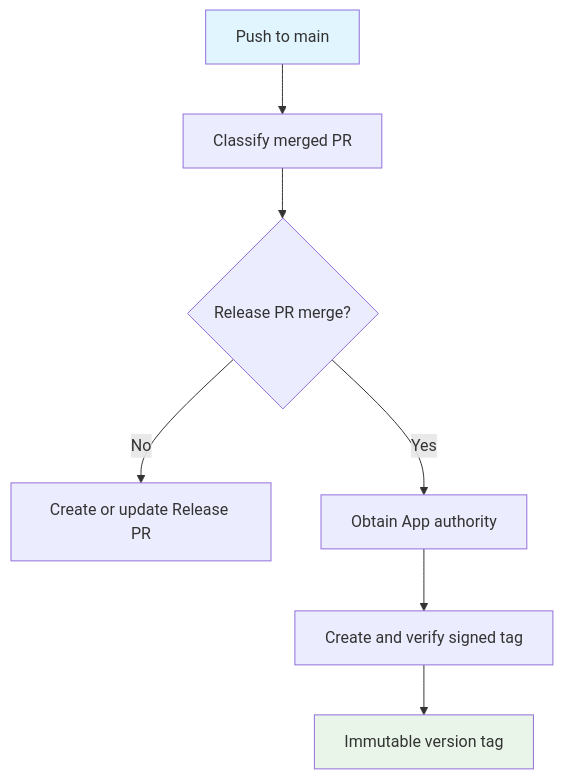
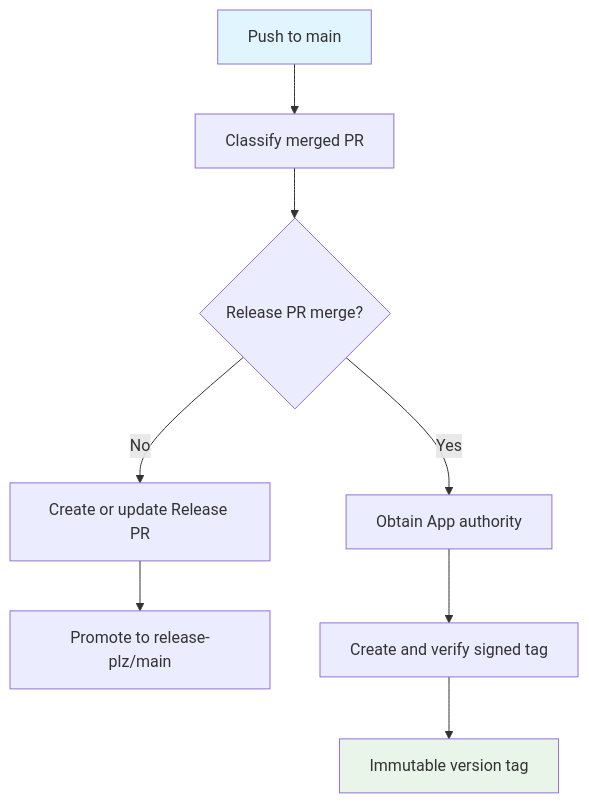
Before and after one commit to runrly/zwd: the diagram in docs/specs/spec-process-cicd-release-pr.md, drawn with Mermaid. The commit also changed other lines of this file and 5 other files, not shown here.

````diff
--- a/docs/specs/spec-process-cicd-release-pr.md
+++ b/docs/specs/spec-process-cicd-release-pr.md
@@ -18,11 +18,12 @@
 ```mermaid
 graph TD
     A[Push to main] --> B[Classify merged PR]
     B --> C{Release PR merge?}
     C -->|No| D[Create or update Release PR]
+    D --> P[Promote to release-plz/main]
     C -->|Yes| E[Obtain App authority]
     E --> F[Create and verify signed tag]
     F --> G[Immutable version tag]
     style A fill:#e1f5fe
     style G fill:#e8f5e8
 ```
````
